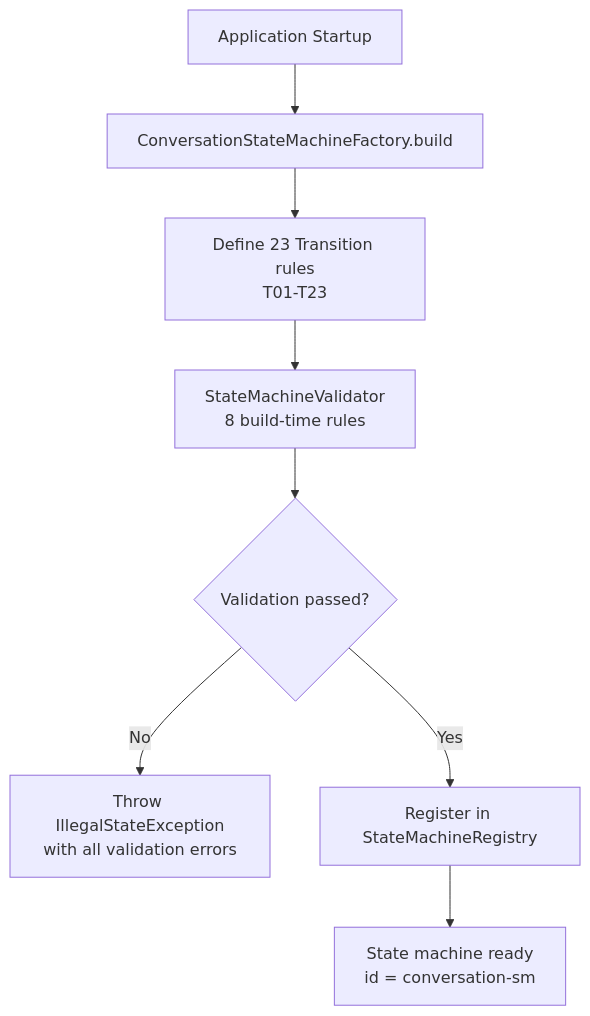
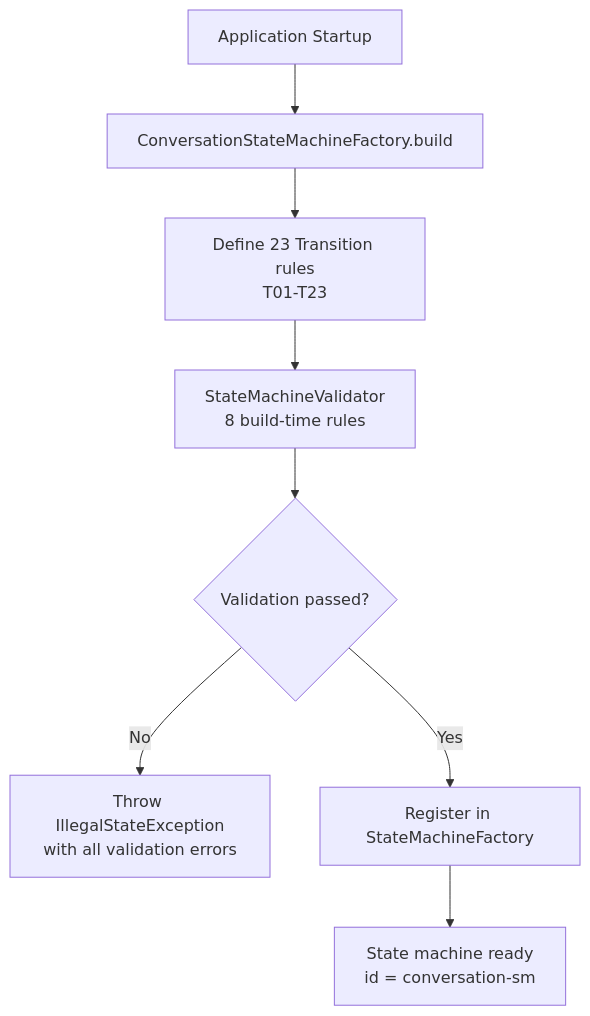
One commit to huangzhiqiu/ai-knowledge-design changed the sixth of 7 diagrams in 08-Code/state-machine/docs/03-State-Transition-Diagrams.md. Above: the diagram before and after it, drawn with Mermaid. The commit also changed 13 other files, not shown here.

````diff
--- a/08-Code/state-machine/docs/03-State-Transition-Diagrams.md
+++ b/08-Code/state-machine/docs/03-State-Transition-Diagrams.md
@@ -235,10 +235,10 @@
 ```mermaid
 flowchart TD
     A[Application Startup] --> B[ConversationStateMachineFactory.build]
     B --> C[Define 23 Transition rules<br/>T01-T23]
     C --> D[StateMachineValidator<br/>8 build-time rules]
     D --> E{Validation passed?}
     E -->|No| F[Throw IllegalStateException<br/>with all validation errors]
-    E -->|Yes| G[Register in StateMachineRegistry]
+    E -->|Yes| G[Register in StateMachineFactory]
     G --> H[State machine ready<br/>id = conversation-sm]
 ```
````
